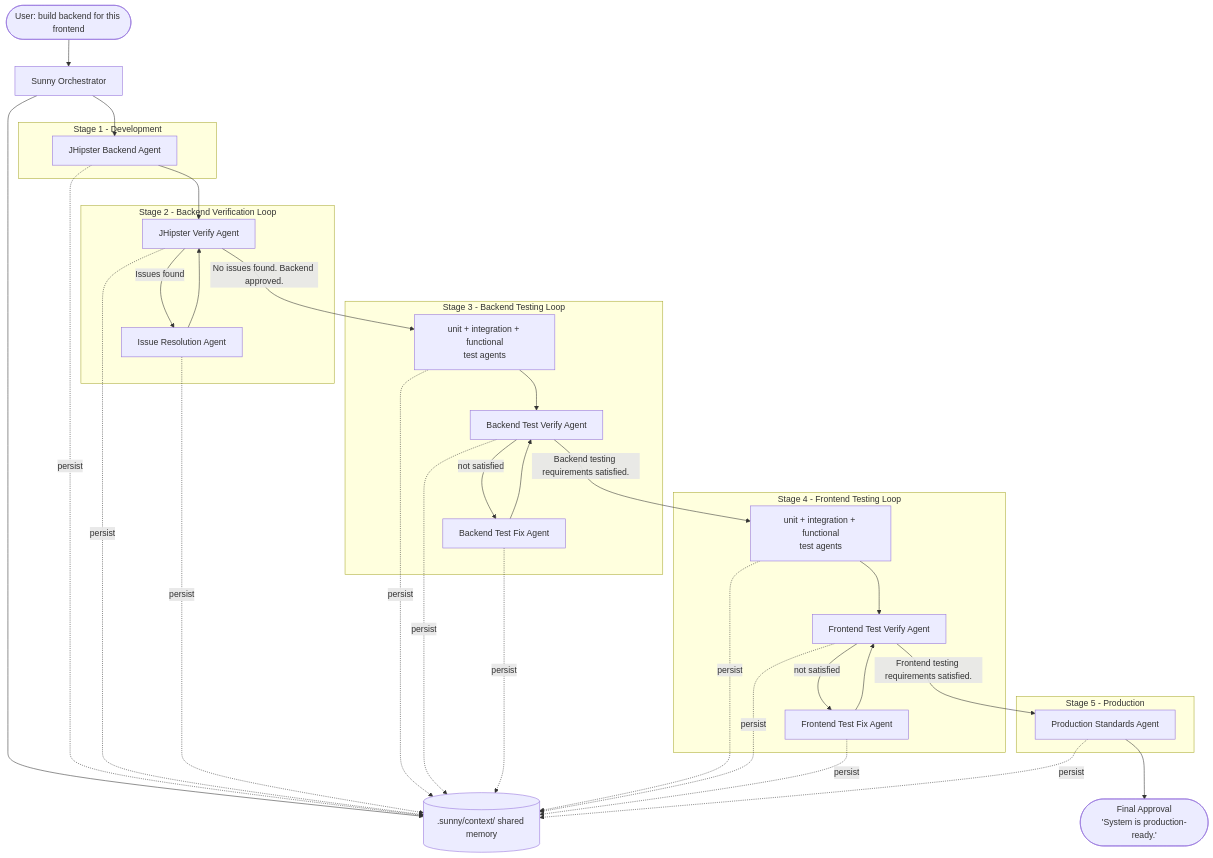
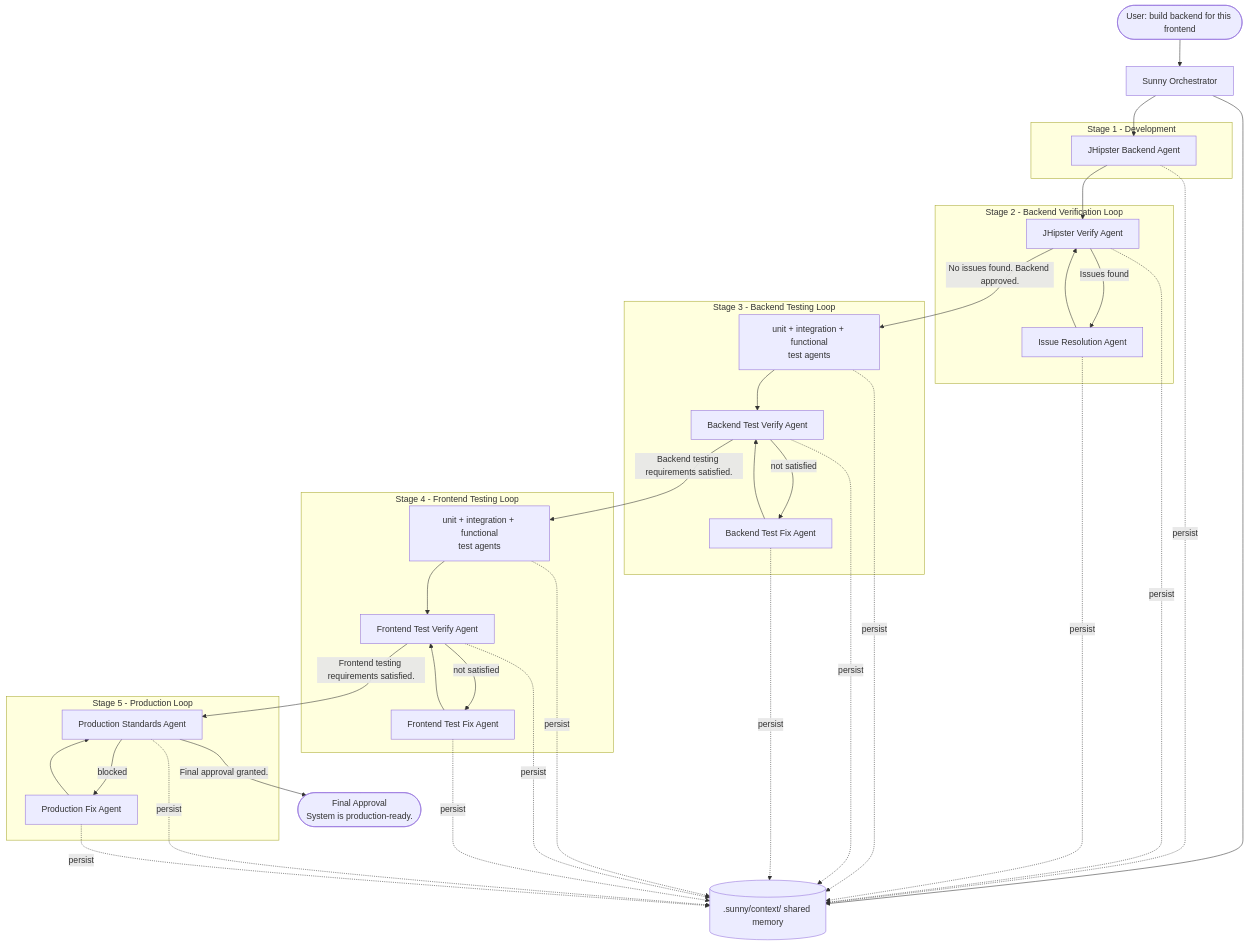
One commit to priyam-qo-box/agents changed the first of 2 diagrams in .cursor/agents/README.md. Above: the diagram before and after it, drawn with Mermaid. The commit also changed other lines of this file and 7 other files, not shown here.

````diff
--- a/.cursor/agents/README.md
+++ b/.cursor/agents/README.md
@@ -53,52 +54,56 @@
 ```mermaid
 flowchart TD
     User([User: build backend for this frontend]) --> Sunny[Sunny Orchestrator]
     Sunny --> Ctx[(".sunny/context/ shared memory")]
 
     subgraph dev [Stage 1 - Development]
         BE[JHipster Backend Agent]
     end
     subgraph verify [Stage 2 - Backend Verification Loop]
         VER[JHipster Verify Agent]
         FIX[Issue Resolution Agent]
     end
     subgraph btest [Stage 3 - Backend Testing Loop]
         BGEN["unit + integration + functional<br/>test agents"]
         BTV[Backend Test Verify Agent]
         BTF[Backend Test Fix Agent]
     end
     subgraph ftest [Stage 4 - Frontend Testing Loop]
         FGEN["unit + integration + functional<br/>test agents"]
         FTV[Frontend Test Verify Agent]
         FTF[Frontend Test Fix Agent]
     end
-    subgraph prod [Stage 5 - Production]
+    subgraph prod [Stage 5 - Production Loop]
         PROD[Production Standards Agent]
+        PFIX[Production Fix Agent]
     end
 
     Sunny --> BE
     BE --> VER
     VER -->|"Issues found"| FIX
     FIX --> VER
     VER -->|"No issues found. Backend approved."| BGEN
     BGEN --> BTV
     BTV -->|"not satisfied"| BTF
     BTF --> BTV
     BTV -->|"Backend testing requirements satisfied."| FGEN
     FGEN --> FTV
     FTV -->|"not satisfied"| FTF
     FTF --> FTV
     FTV -->|"Frontend testing requirements satisfied."| PROD
-    PROD --> Final(["Final Approval<br/>'System is production-ready.'"])
+    PROD -->|"blocked"| PFIX
+    PFIX --> PROD
+    PROD -->|"Final approval granted."| Final(["Final Approval<br/>System is production-ready."])
 
     BE -.persist.-> Ctx
     VER -.persist.-> Ctx
     FIX -.persist.-> Ctx
     BGEN -.persist.-> Ctx
     BTV -.persist.-> Ctx
     BTF -.persist.-> Ctx
     FGEN -.persist.-> Ctx
     FTV -.persist.-> Ctx
     FTF -.persist.-> Ctx
     PROD -.persist.-> Ctx
+    PFIX -.persist.-> Ctx
 ```
````
